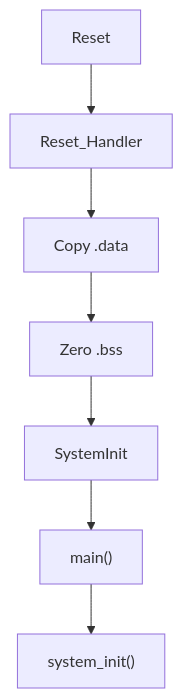
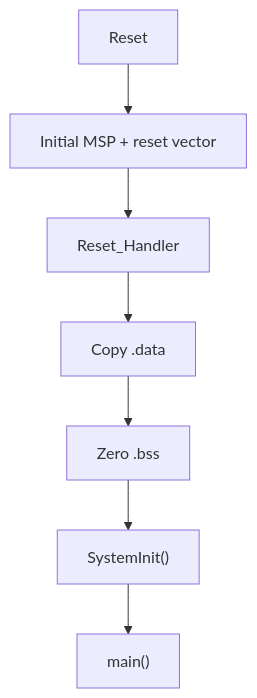
One commit to haikevins/stm32f1-spl-procedural-baremetal changed the second of 3 diagrams in README.md. Above: the diagram before and after it, drawn with Mermaid. The commit also changed other lines of this file, not shown here.

````diff
--- a/README.md
+++ b/README.md
@@ -112,9 +114,9 @@
 ```mermaid
 flowchart TB
-    RESET["Reset"] --> RH["Reset_Handler"]
+    RESET["Reset"] --> VT["Initial MSP + reset vector"]
+    VT --> RH["Reset_Handler"]
     RH --> DATA["Copy .data"]
     DATA --> BSS["Zero .bss"]
-    BSS --> CLOCK["SystemInit"]
+    BSS --> CLOCK["SystemInit()"]
     CLOCK --> MAIN["main()"]
-    MAIN --> INIT["system_init()"]
 ```
````
